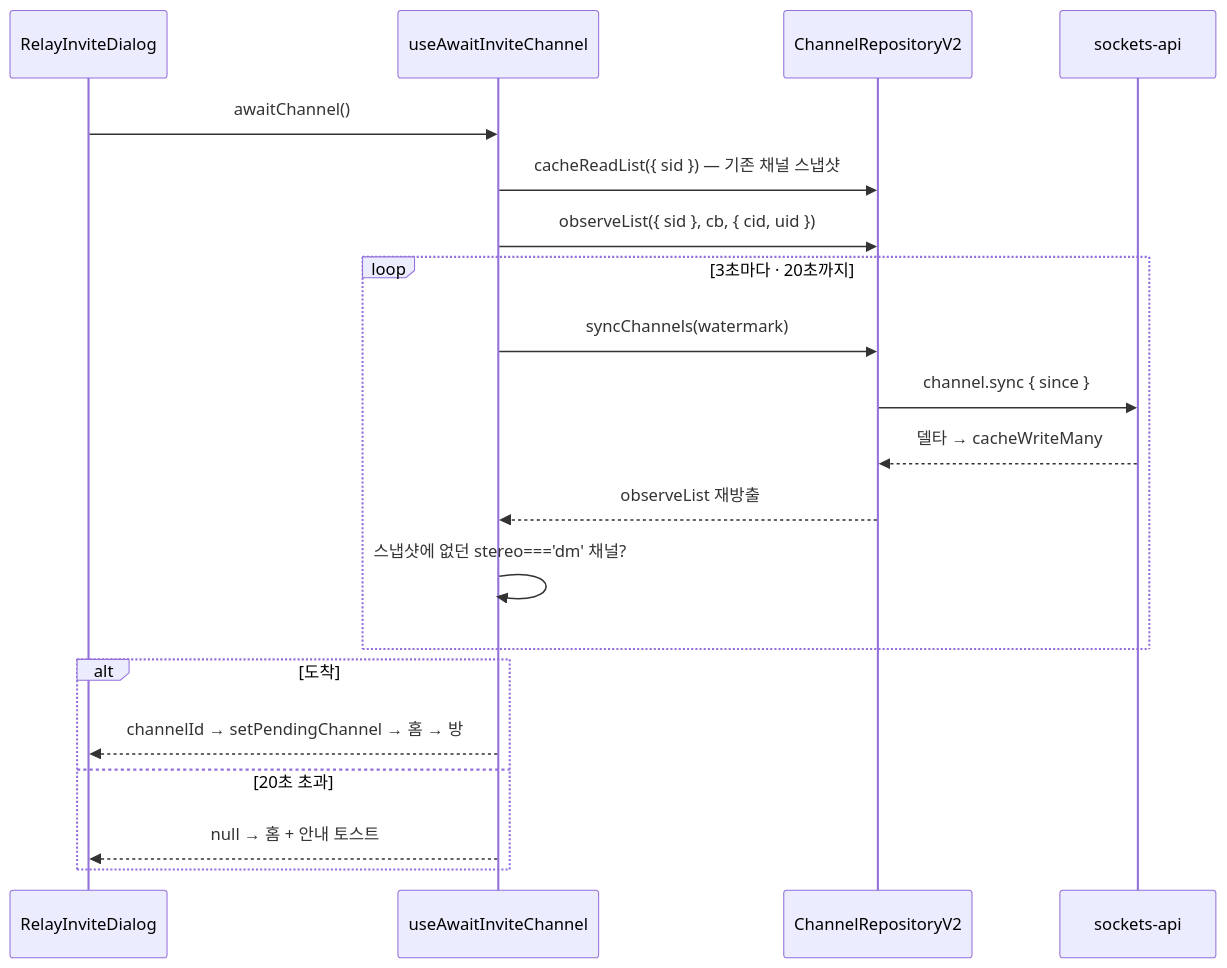
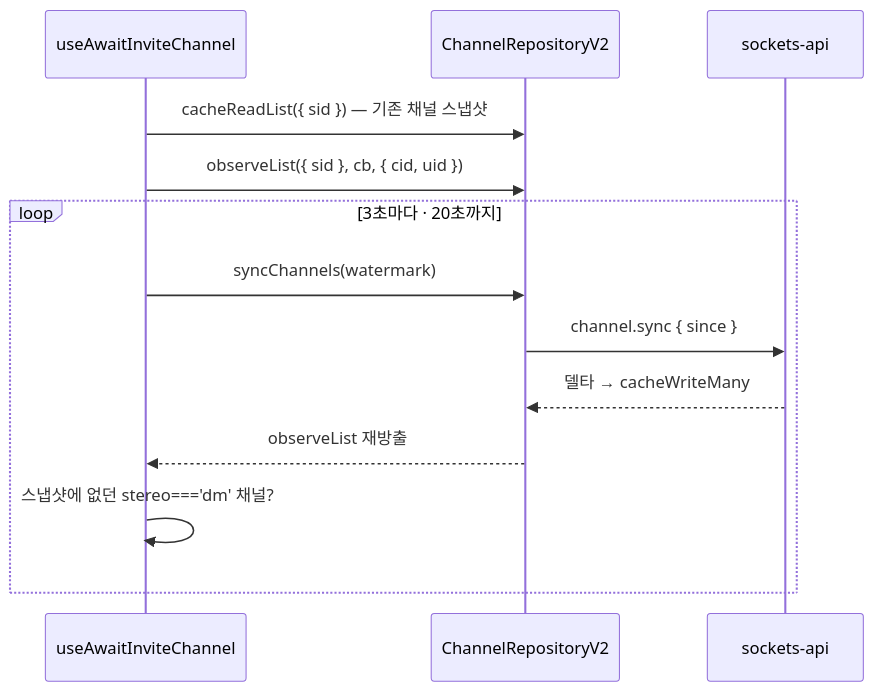
Before and after one commit to lemoncloud-io/dou-app: the fifth of 5 diagrams in apps/web/docs/feature/invite/relay-invite-accept.md, drawn with Mermaid. The commit also changed other lines of this file and 1 other file, not shown here.

First line of the commit message:
docs(adr): record the three-tier resolution for an accepted invite's room

````diff
--- a/apps/web/docs/feature/invite/relay-invite-accept.md
+++ b/apps/web/docs/feature/invite/relay-invite-accept.md
@@ -214,23 +253,16 @@
 ```mermaid
 sequenceDiagram
-    participant UI as RelayInviteDialog
     participant H as useAwaitInviteChannel
     participant R as ChannelRepositoryV2
     participant S as sockets-api
 
-    UI->>H: awaitChannel()
     H->>R: cacheReadList({ sid }) — 기존 채널 스냅샷
     H->>R: observeList({ sid }, cb, { cid, uid })
     loop 3초마다 · 20초까지
         H->>R: syncChannels(watermark)
         R->>S: channel.sync { since }
         S-->>R: 델타 → cacheWriteMany
         R-->>H: observeList 재방출
         H->>H: 스냅샷에 없던 stereo==='dm' 채널?
     end
-    alt 도착
-        H-->>UI: channelId → setPendingChannel → 홈 → 방
-    else 20초 초과
-        H-->>UI: null → 홈 + 안내 토스트
-    end
 ```
````
